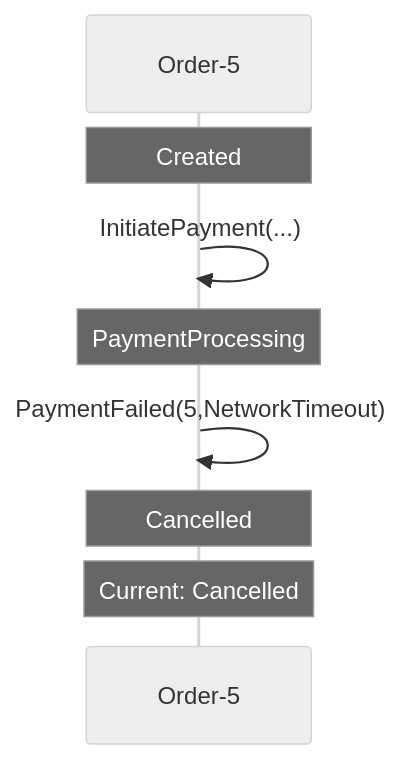
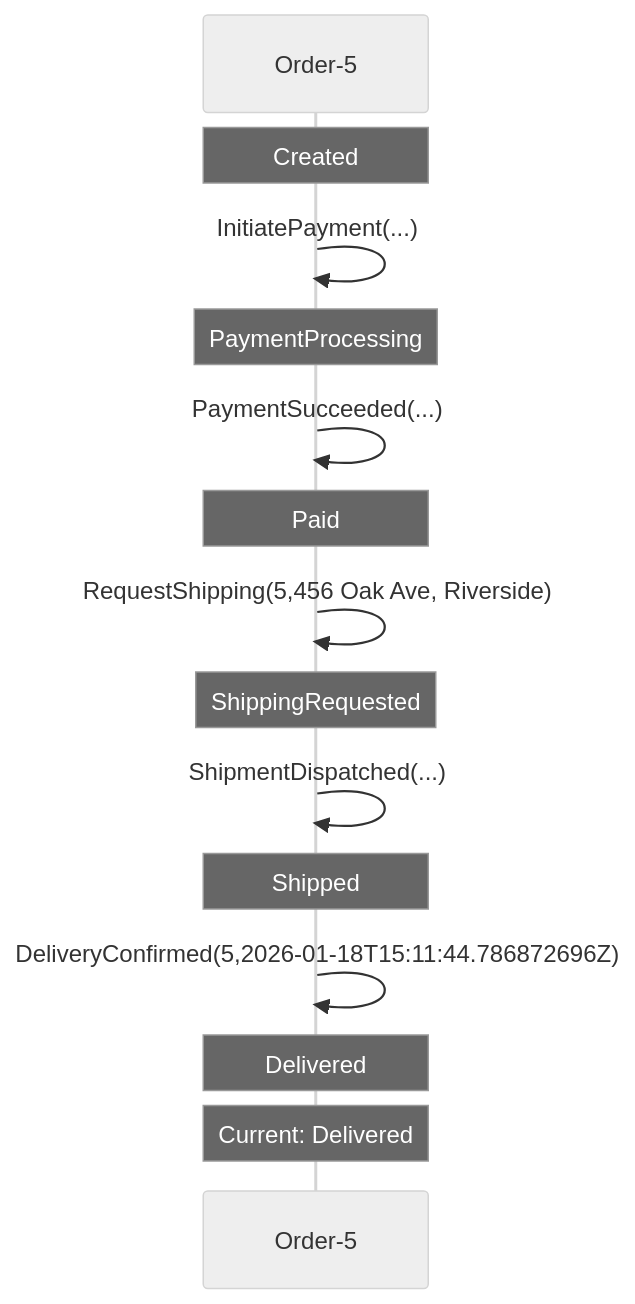
One commit to Iterable/mechanoid changed the first of 2 diagrams in docs/visualizations/order-5-trace.md. Above: the diagram before and after it, drawn with Mermaid (neutral theme). The commit also changed other lines of this file and 26 other files, not shown here.

````diff
--- a/docs/visualizations/order-5-trace.md
+++ b/docs/visualizations/order-5-trace.md
@@ -7,11 +7,17 @@
 ```mermaid
 sequenceDiagram
     participant FSM as Order-5
     Note over FSM: Created
     FSM->>FSM: InitiatePayment(...)
     Note over FSM: PaymentProcessing
-    FSM->>FSM: PaymentFailed(5,NetworkTimeout)
-    Note over FSM: Cancelled
-    Note over FSM: Current: Cancelled
+    FSM->>FSM: PaymentSucceeded(...)
+    Note over FSM: Paid
+    FSM->>FSM: RequestShipping(5,456 Oak Ave, Riverside)
+    Note over FSM: ShippingRequested
+    FSM->>FSM: ShipmentDispatched(...)
+    Note over FSM: Shipped
+    FSM->>FSM: DeliveryConfirmed(5,2026-01-18T15:11:44.786872696Z)
+    Note over FSM: Delivered
+    Note over FSM: Current: Delivered
 
 ```
````
